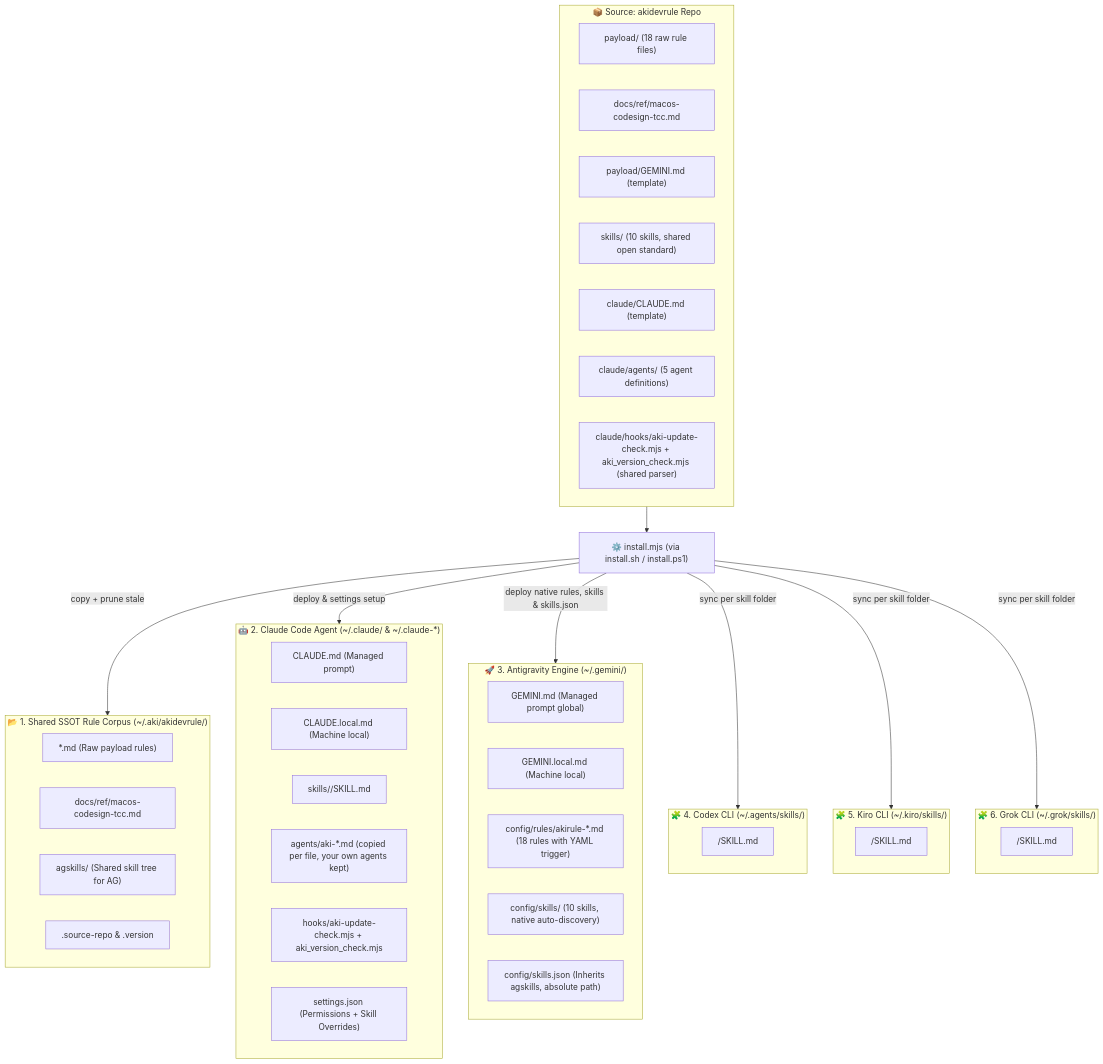
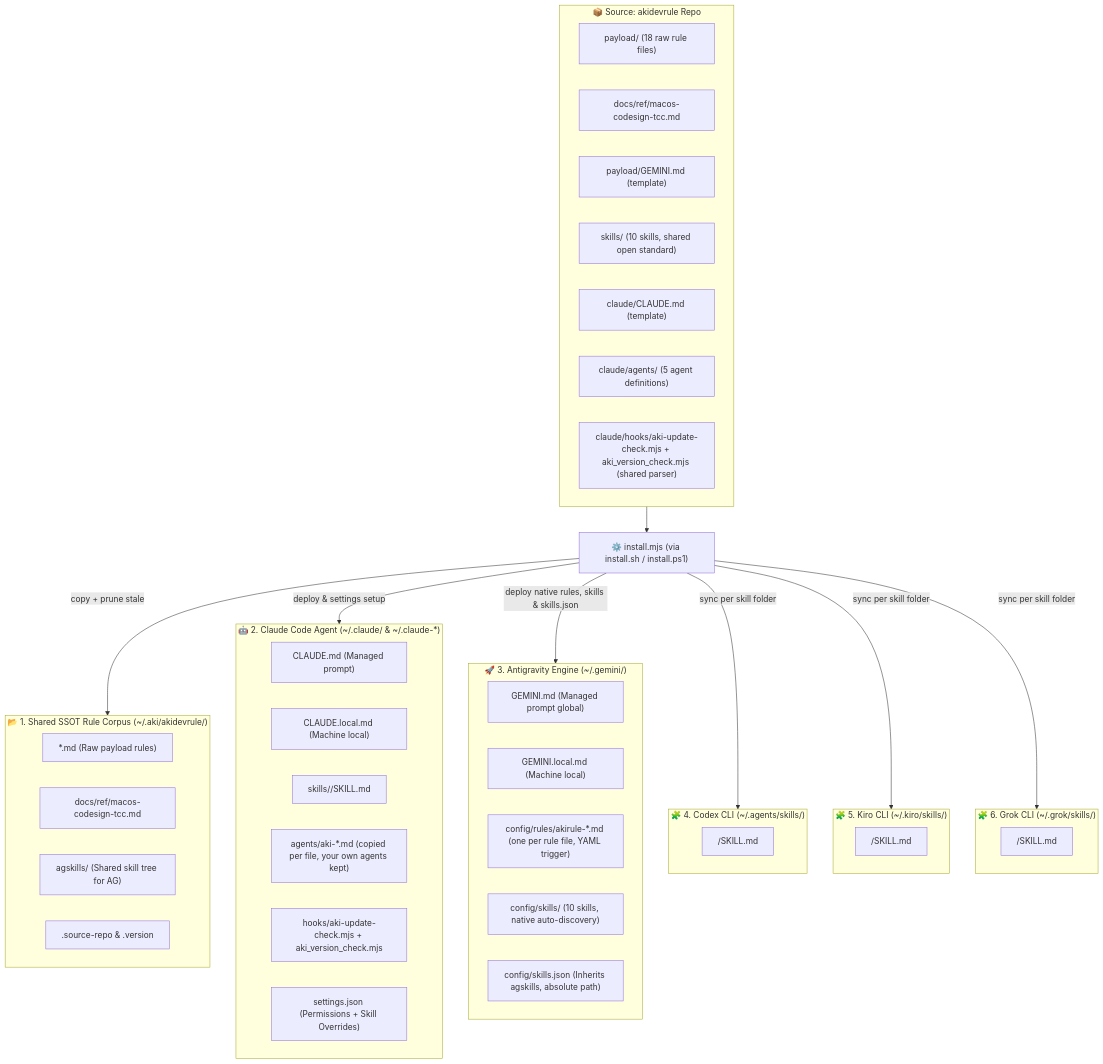
Before and after one commit to lacvietanh/akidevrule: the diagram in README.md, drawn with Mermaid. The commit also changed other lines of this file and 28 other files, not shown here.

````diff
--- a/README.md
+++ b/README.md
@@ -247,60 +247,60 @@
 ```mermaid
 flowchart TD
     subgraph SRC["📦 Source: akidevrule Repo"]
         PAYLOAD["payload/ (18 raw rule files)"]
         TCCREF["docs/ref/macos-codesign-tcc.md"]
         PGEMINI["payload/GEMINI.md (template)"]
         CSKILLS["skills/ (10 skills, shared open standard)"]
         CCLAUDE["claude/CLAUDE.md (template)"]
         CAGENTS["claude/agents/ (5 agent definitions)"]
         CHOOKS["claude/hooks/aki-update-check.mjs + aki_version_check.mjs (shared parser)"]
     end
 
     INSTALL["⚙️ install.mjs (via install.sh / install.ps1)"]
     SRC --> INSTALL
 
     %% TARGET 1: ~/.aki/akidevrule/
     subgraph T1["📂 1. Shared SSOT Rule Corpus (~/.aki/akidevrule/)"]
         R_CORPUS["*.md (Raw payload rules)"]
         R_TCC["docs/ref/macos-codesign-tcc.md"]
         R_AGSKILLS["agskills/ (Shared skill tree for AG)"]
         R_META[".source-repo & .version"]
     end
 
     %% TARGET 2: ~/.claude/ and ~/.claude-*
     subgraph T2["🤖 2. Claude Code Agent (~/.claude/ & ~/.claude-*)"]
         C_MD["CLAUDE.md (Managed prompt)"]
         C_LOCAL["CLAUDE.local.md (Machine local)"]
         C_SKILLS["skills/<skill_name>/SKILL.md"]
         C_AGENTS["agents/aki-*.md (copied per file, your own agents kept)"]
         C_HOOKS["hooks/aki-update-check.mjs + aki_version_check.mjs"]
         C_SET["settings.json (Permissions + Skill Overrides)"]
     end
 
     %% TARGET 3: ~/.gemini/
     subgraph T3["🚀 3. Antigravity Engine (~/.gemini/)"]
         G_MD["GEMINI.md (Managed prompt global)"]
         G_LOCAL["GEMINI.local.md (Machine local)"]
-        G_RULES["config/rules/akirule-*.md (18 rules with YAML trigger)"]
+        G_RULES["config/rules/akirule-*.md (one per rule file, YAML trigger)"]
         G_SKILLS["config/skills/ (10 skills, native auto-discovery)"]
         G_SJSON["config/skills.json (Inherits agskills, absolute path)"]
     end
 
     %% TARGETS 4-6: other CLIs that natively consume the SKILL.md standard
     subgraph T4["🧩 4. Codex CLI (~/.agents/skills/)"]
         X_SKILLS["<skill_name>/SKILL.md"]
     end
     subgraph T5["🧩 5. Kiro CLI (~/.kiro/skills/)"]
         K_SKILLS["<skill_name>/SKILL.md"]
     end
     subgraph T6["🧩 6. Grok CLI (~/.grok/skills/)"]
         R_SKILLS["<skill_name>/SKILL.md"]
     end
 
     INSTALL -->|"copy + prune stale"| T1
     INSTALL -->|"deploy & settings setup"| T2
     INSTALL -->|"deploy native rules, skills & skills.json"| T3
     INSTALL -->|"sync per skill folder"| T4
     INSTALL -->|"sync per skill folder"| T5
     INSTALL -->|"sync per skill folder"| T6
 ```
````
